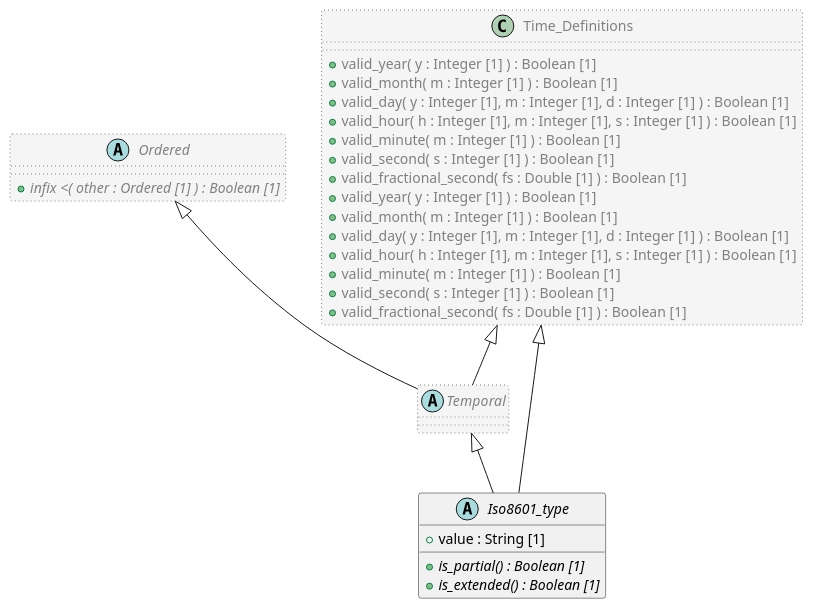
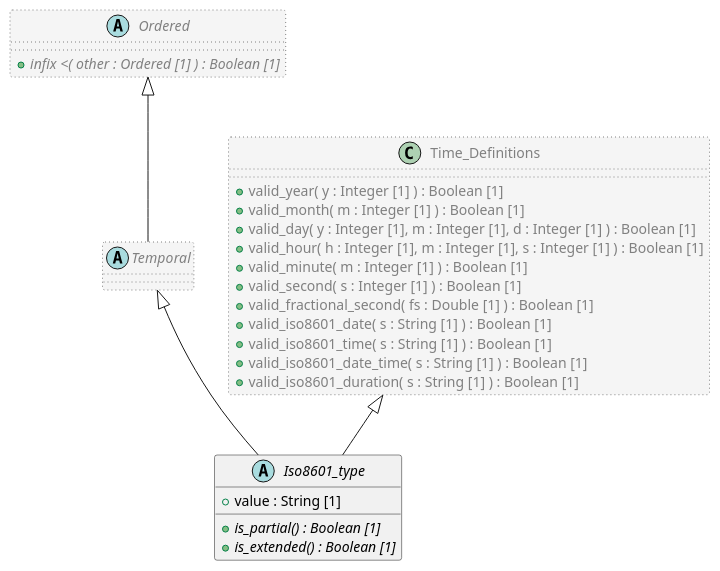
One commit to sebastian-iancu/code-generator changed the diagram in code/Adoc/openehr_base_1.1.0/plantUML/classes/org.openehr.base.foundation_types.iso8601_type.adoc. Above: the diagram before and after it, drawn with PlantUML. The commit also changed 719 other files, not shown here.

```diff
--- a/code/Adoc/openehr_base_1.1.0/plantUML/classes/org.openehr.base.foundation_types.iso8601_type.adoc
+++ b/code/Adoc/openehr_base_1.1.0/plantUML/classes/org.openehr.base.foundation_types.iso8601_type.adoc
@@ -1,48 +1,40 @@
 [plantuml,Iso8601_type,format=svg,svg-type="inline"]
 -----
 @startuml
 
 abstract class Iso8601_type {
   + value : String [1]
   + {abstract} is_partial() : Boolean [1]
   + {abstract} is_extended() : Boolean [1]
 }
 
 abstract class Temporal  #whitesmoke;line:gray;line.dotted;text:gray {
 }
 
 abstract class Ordered  #whitesmoke;line:gray;line.dotted;text:gray {
   + {abstract} infix <( other : Ordered [1] ) : Boolean [1]
 }
 
 Ordered <|-- Temporal
 
-class Time_Definitions  #whitesmoke;line:gray;line.dotted;text:gray {
-  + valid_year( y : Integer [1] ) : Boolean [1]
-  + valid_month( m : Integer [1] ) : Boolean [1]
-  + valid_day( y : Integer [1], m : Integer [1], d : Integer [1] ) : Boolean [1]
-  + valid_hour( h : Integer [1], m : Integer [1], s : Integer [1] ) : Boolean [1]
-  + valid_minute( m : Integer [1] ) : Boolean [1]
-  + valid_second( s : Integer [1] ) : Boolean [1]
-  + valid_fractional_second( fs : Double [1] ) : Boolean [1]
-}
-
-Time_Definitions <|-- Temporal
-
 Temporal <|-- Iso8601_type
 
 class Time_Definitions  #whitesmoke;line:gray;line.dotted;text:gray {
   + valid_year( y : Integer [1] ) : Boolean [1]
   + valid_month( m : Integer [1] ) : Boolean [1]
   + valid_day( y : Integer [1], m : Integer [1], d : Integer [1] ) : Boolean [1]
   + valid_hour( h : Integer [1], m : Integer [1], s : Integer [1] ) : Boolean [1]
   + valid_minute( m : Integer [1] ) : Boolean [1]
   + valid_second( s : Integer [1] ) : Boolean [1]
   + valid_fractional_second( fs : Double [1] ) : Boolean [1]
+  + valid_iso8601_date( s : String [1] ) : Boolean [1]
+  + valid_iso8601_time( s : String [1] ) : Boolean [1]
+  + valid_iso8601_date_time( s : String [1] ) : Boolean [1]
+  + valid_iso8601_duration( s : String [1] ) : Boolean [1]
 }
 
 Time_Definitions <|-- Iso8601_type
 
 
 @enduml
 -----
```
